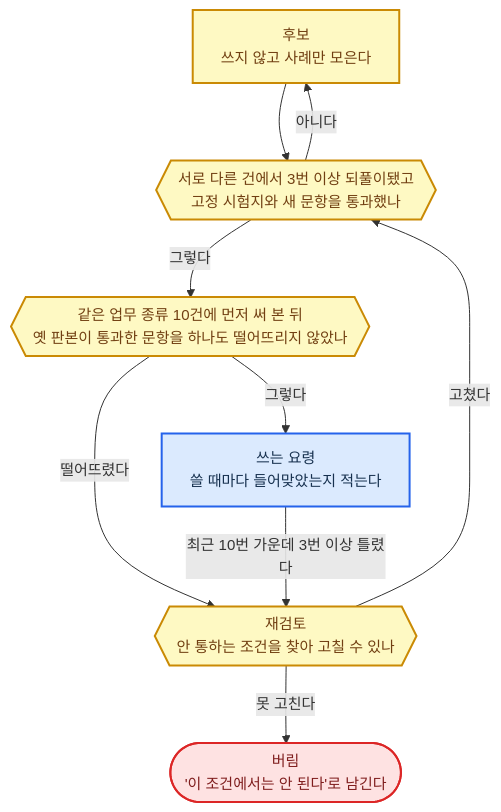
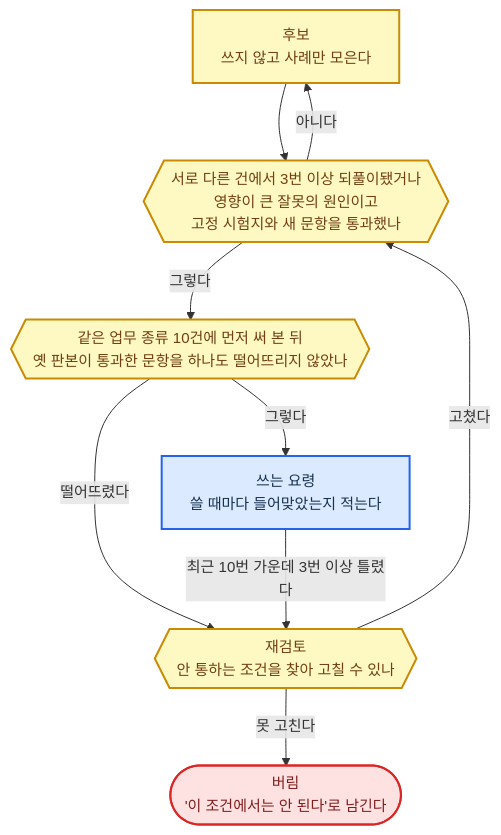
Before and after one commit to harisbaguette/expert: the ninth of 27 diagrams in 전문가 에이전트 정의 2.md, drawn with Mermaid. The commit also changed other lines of this file, not shown here.

````diff
--- a/전문가 에이전트 정의 2.md
+++ b/전문가 에이전트 정의 2.md
@@ -1247,15 +1248,15 @@
 ```mermaid
 %%{init: {"flowchart": {"wrappingWidth": 640, "curve": "basis", "nodeSpacing": 45, "rankSpacing": 55, "padding": 14, "useMaxWidth": true}, "themeVariables": {"fontSize": "15px"}} }%%
 flowchart TB
     classDef main fill:#dbeafe,stroke:#2563eb,stroke-width:2px,color:#17314f
     classDef stop fill:#fee2e2,stroke:#dc2626,stroke-width:2px,color:#7f1d1d
     classDef note fill:#fef9c3,stroke:#ca8a04,stroke-width:2px,color:#713f12
-    CAND["후보<br/>쓰지 않고 사례만 모은다"]:::note --> PASS{{"서로 다른 건에서 3번 이상 되풀이됐고<br/>고정 시험지와 새 문항을 통과했나"}}:::note
+    CAND["후보<br/>쓰지 않고 사례만 모은다"]:::note --> PASS{{"서로 다른 건에서 3번 이상 되풀이됐거나<br/>영향이 큰 잘못의 원인이고<br/>고정 시험지와 새 문항을 통과했나"}}:::note
     PASS -- "아니다" --> CAND
     PASS -- "그렇다" --> TRY{{"같은 업무 종류 10건에 먼저 써 본 뒤<br/>옛 판본이 통과한 문항을 하나도 떨어뜨리지 않았나"}}:::note
     TRY -- "그렇다" --> LIVE["쓰는 요령<br/>쓸 때마다 들어맞았는지 적는다"]:::main
     TRY -- "떨어뜨렸다" --> FIX
     LIVE -- "최근 10번 가운데 3번 이상 틀렸다" --> FIX{{"재검토<br/>안 통하는 조건을 찾아 고칠 수 있나"}}:::note
     FIX -- "고쳤다" --> PASS
     FIX -- "못 고친다" --> DROP(["버림<br/>'이 조건에서는 안 된다'로 남긴다"]):::stop
 ```
````
